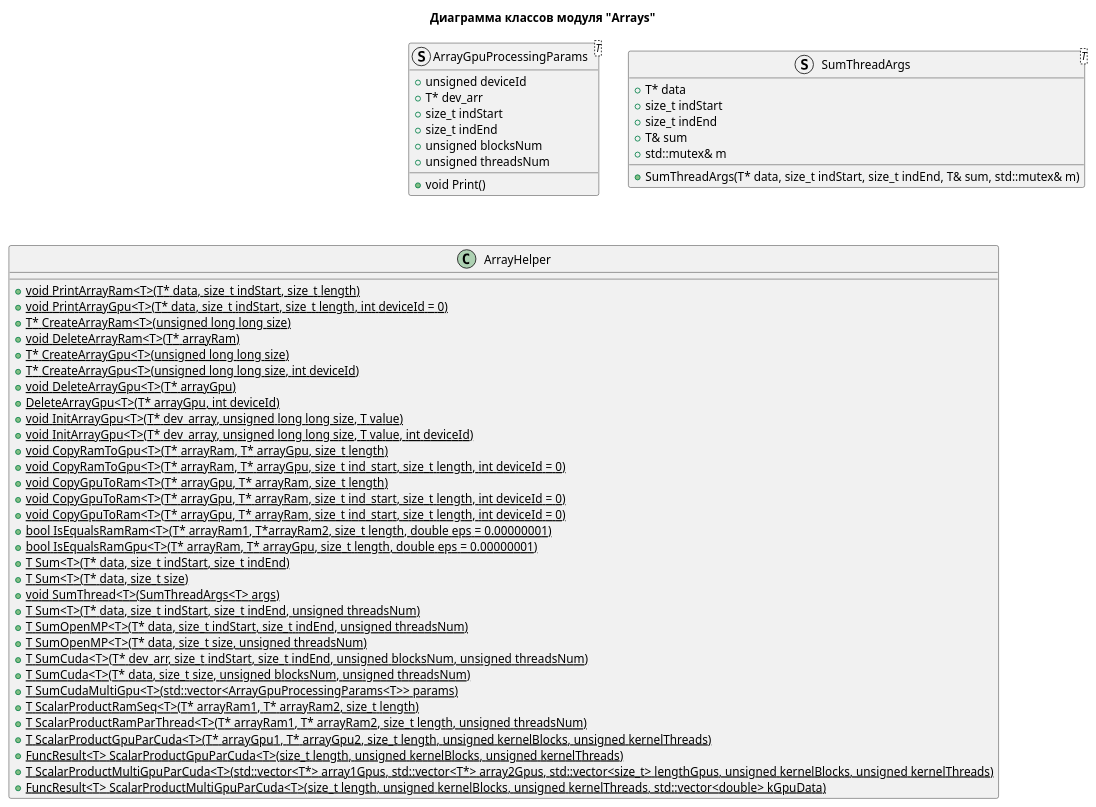
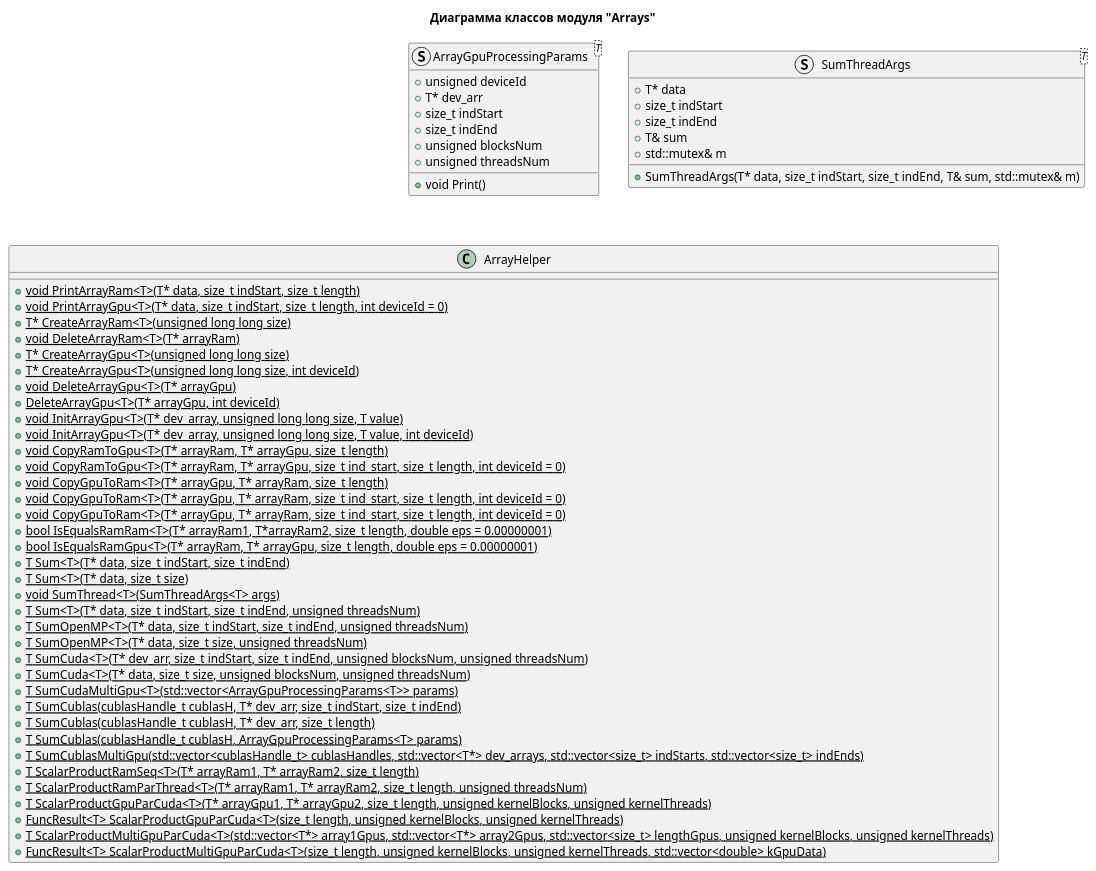
Before and after one commit to LitvinovVN/MathModAndPP: the diagram in Testing_Thread_OpenMP_Cuda_K80_8/docs/class-diagram-Arrays.puml, drawn with PlantUML. The commit also changed 10 other files, not shown here.

```diff
--- a/Testing_Thread_OpenMP_Cuda_K80_8/docs/class-diagram-Arrays.puml
+++ b/Testing_Thread_OpenMP_Cuda_K80_8/docs/class-diagram-Arrays.puml
@@ -1,67 +1,71 @@
 @startuml
 
 title
 Диаграмма классов модуля "Arrays"
 end title
 
 ' Параметры запуска функции обработки массива на GPU
 struct ArrayGpuProcessingParams<T>
 {
     + unsigned deviceId
     + T* dev_arr
     + size_t indStart
     + size_t indEnd
     + unsigned blocksNum
     + unsigned threadsNum
 
     + void Print()
 }
 
 struct SumThreadArgs<T>
 {
     + T* data
     + size_t indStart
     + size_t indEnd
     + T& sum
     + std::mutex& m
     + SumThreadArgs(T* data, size_t indStart, size_t indEnd, T& sum, std::mutex& m)
 }
 
 class ArrayHelper
 {    
     +{static} void PrintArrayRam<T>(T* data, size_t indStart, size_t length)
     +{static} void PrintArrayGpu<T>(T* data, size_t indStart, size_t length, int deviceId = 0)
     +{static} T* CreateArrayRam<T>(unsigned long long size)
     +{static} void DeleteArrayRam<T>(T* arrayRam)
     +{static} T* CreateArrayGpu<T>(unsigned long long size)
     +{static} T* CreateArrayGpu<T>(unsigned long long size, int deviceId)
     +{static} void DeleteArrayGpu<T>(T* arrayGpu)
     +{static} DeleteArrayGpu<T>(T* arrayGpu, int deviceId)
     +{static} void InitArrayGpu<T>(T* dev_array, unsigned long long size, T value)
     +{static} void InitArrayGpu<T>(T* dev_array, unsigned long long size, T value, int deviceId)
     +{static} void CopyRamToGpu<T>(T* arrayRam, T* arrayGpu, size_t length)
     +{static} void CopyRamToGpu<T>(T* arrayRam, T* arrayGpu, size_t ind_start, size_t length, int deviceId = 0)
     +{static} void CopyGpuToRam<T>(T* arrayGpu, T* arrayRam, size_t length)
     +{static} void CopyGpuToRam<T>(T* arrayGpu, T* arrayRam, size_t ind_start, size_t length, int deviceId = 0)
     +{static} void CopyGpuToRam<T>(T* arrayGpu, T* arrayRam, size_t ind_start, size_t length, int deviceId = 0)
     +{static} bool IsEqualsRamRam<T>(T* arrayRam1, T*arrayRam2, size_t length, double eps = 0.00000001)
     +{static} bool IsEqualsRamGpu<T>(T* arrayRam, T* arrayGpu, size_t length, double eps = 0.00000001)
     +{static} T Sum<T>(T* data, size_t indStart, size_t indEnd)
     +{static} T Sum<T>(T* data, size_t size)
     +{static} void SumThread<T>(SumThreadArgs<T> args)
     +{static} T Sum<T>(T* data, size_t indStart, size_t indEnd, unsigned threadsNum)
     +{static} T SumOpenMP<T>(T* data, size_t indStart, size_t indEnd, unsigned threadsNum)
     +{static} T SumOpenMP<T>(T* data, size_t size, unsigned threadsNum)
     +{static} T SumCuda<T>(T* dev_arr, size_t indStart, size_t indEnd, unsigned blocksNum, unsigned threadsNum)
     +{static} T SumCuda<T>(T* data, size_t size, unsigned blocksNum, unsigned threadsNum)
     +{static} T SumCudaMultiGpu<T>(std::vector<ArrayGpuProcessingParams<T>> params)
+    +{static} T SumCublas(cublasHandle_t cublasH, T* dev_arr, size_t indStart, size_t indEnd)
+    +{static} T SumCublas(cublasHandle_t cublasH, T* dev_arr, size_t length)
+    +{static} T SumCublas(cublasHandle_t cublasH, ArrayGpuProcessingParams<T> params)
+    +{static} T SumCublasMultiGpu(std::vector<cublasHandle_t> cublasHandles, std::vector<T*> dev_arrays, std::vector<size_t> indStarts, std::vector<size_t> indEnds)
     +{static} T ScalarProductRamSeq<T>(T* arrayRam1, T* arrayRam2, size_t length)
     +{static} T ScalarProductRamParThread<T>(T* arrayRam1, T* arrayRam2, size_t length, unsigned threadsNum)
     +{static} T ScalarProductGpuParCuda<T>(T* arrayGpu1, T* arrayGpu2, size_t length, unsigned kernelBlocks, unsigned kernelThreads)
     +{static} FuncResult<T> ScalarProductGpuParCuda<T>(size_t length, unsigned kernelBlocks, unsigned kernelThreads)
     +{static} T ScalarProductMultiGpuParCuda<T>(std::vector<T*> array1Gpus, std::vector<T*> array2Gpus, std::vector<size_t> lengthGpus, unsigned kernelBlocks, unsigned kernelThreads)
     +{static} FuncResult<T> ScalarProductMultiGpuParCuda<T>(size_t length, unsigned kernelBlocks, unsigned kernelThreads, std::vector<double> kGpuData)
 }
 
 
 @enduml
```
